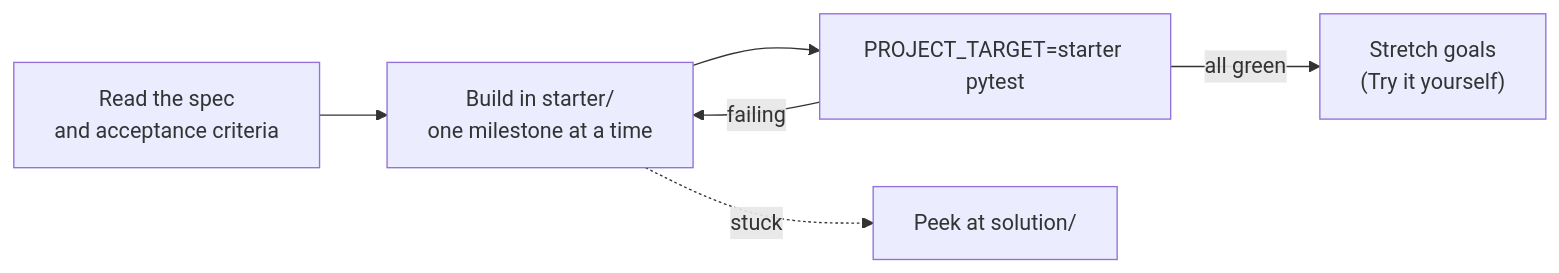
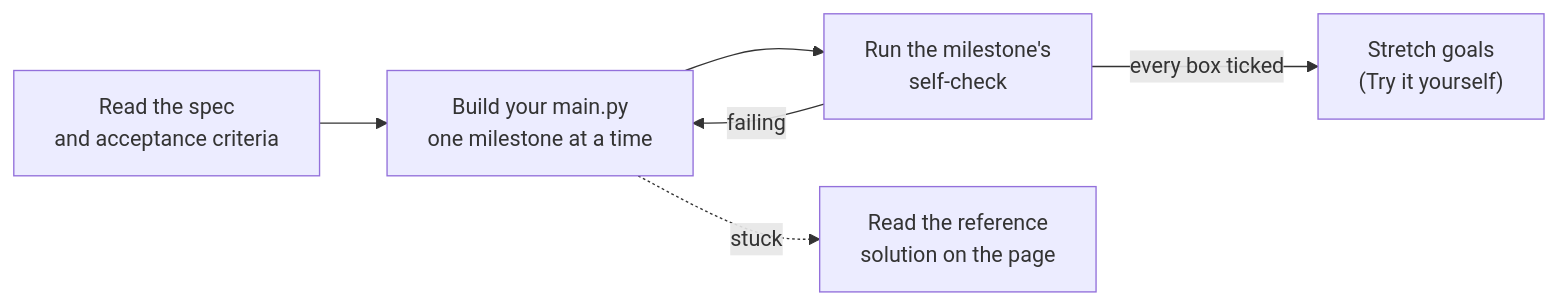
The diagram in docs/18-projects/README.md (asmustechno/agentic-ai-notes), drawn with Mermaid before and after one commit. The commit also changed other lines of this file and 397 other files, not shown here.

````diff
--- a/docs/18-projects/README.md
+++ b/docs/18-projects/README.md
@@ -31,8 +31,8 @@
 ```mermaid
 flowchart LR
-    S["Read the spec<br/>and acceptance criteria"] --> B["Build in starter/<br/>one milestone at a time"]
-    B --> T["PROJECT_TARGET=starter pytest"]
+    S["Read the spec<br/>and acceptance criteria"] --> B["Build your main.py<br/>one milestone at a time"]
+    B --> T["Run the milestone's<br/>self-check"]
     T -->|failing| B
-    T -->|all green| X["Stretch goals<br/>(Try it yourself)"]
-    B -.->|stuck| SOL["Peek at solution/"]
+    T -->|every box ticked| X["Stretch goals<br/>(Try it yourself)"]
+    B -.->|stuck| SOL["Read the reference<br/>solution on the page"]
 ```
````
